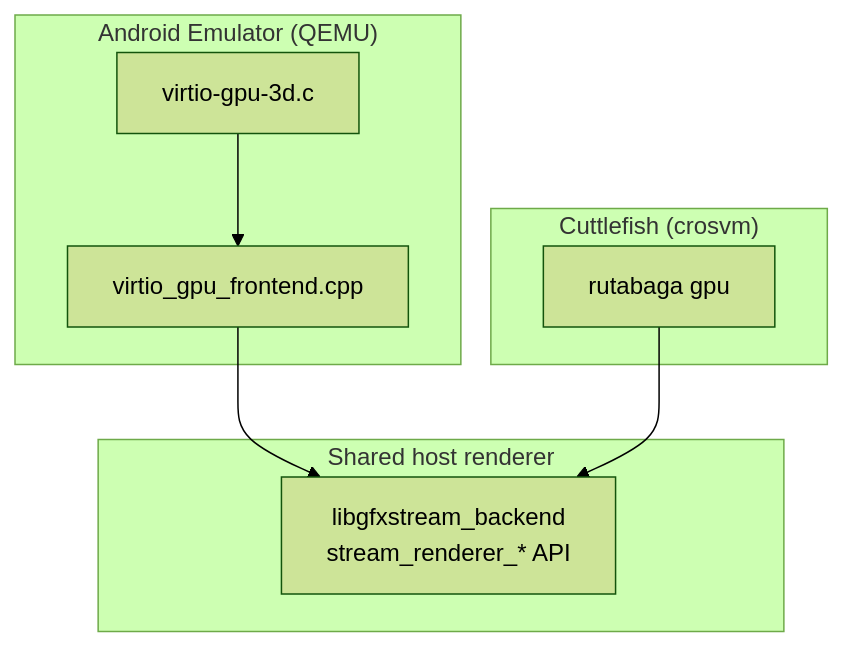
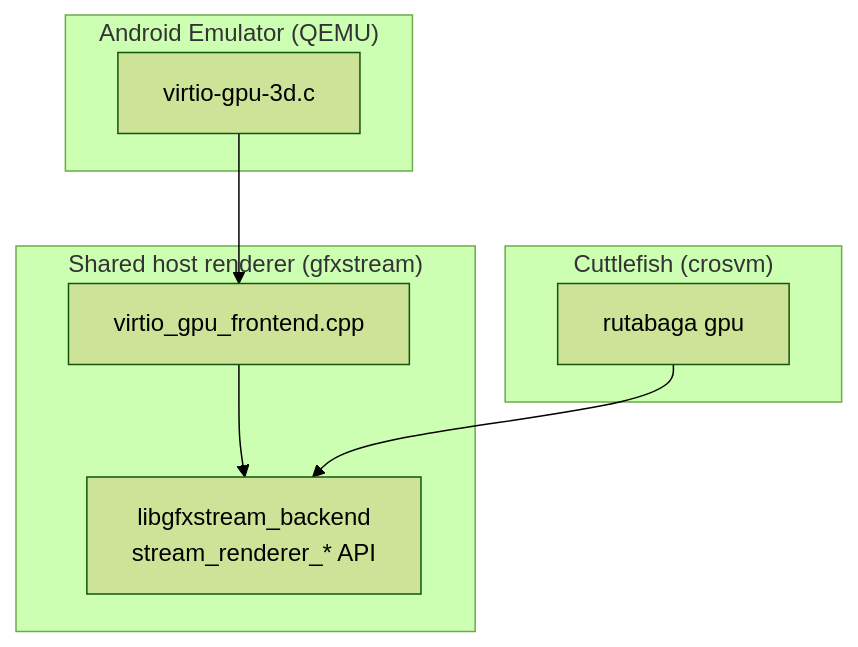
The seventh of 7 diagrams in 06-virtual-hardware.md (aospbooks/android-emulator-internal-book), drawn with Mermaid (forest theme) before and after one commit. The commit also changed other lines of this file and 31 other files, not shown here.

````diff
--- a/06-virtual-hardware.md
+++ b/06-virtual-hardware.md
@@ -306,16 +309,16 @@
 ```mermaid
 flowchart TB
-    subgraph RENDER["Shared host renderer"]
+    subgraph RENDER["Shared host renderer (gfxstream)"]
+        QFRONT["virtio_gpu_frontend.cpp"]
         GFX["libgfxstream_backend<br/>stream_renderer_* API"]
     end
     subgraph QEMU["Android Emulator (QEMU)"]
         QGPU["virtio-gpu-3d.c"]
-        QFRONT["virtio_gpu_frontend.cpp"]
     end
     subgraph CROSVM["Cuttlefish (crosvm)"]
         RUT["rutabaga gpu"]
     end
     QGPU --> QFRONT
     QFRONT --> GFX
     RUT --> GFX
 ```
````
